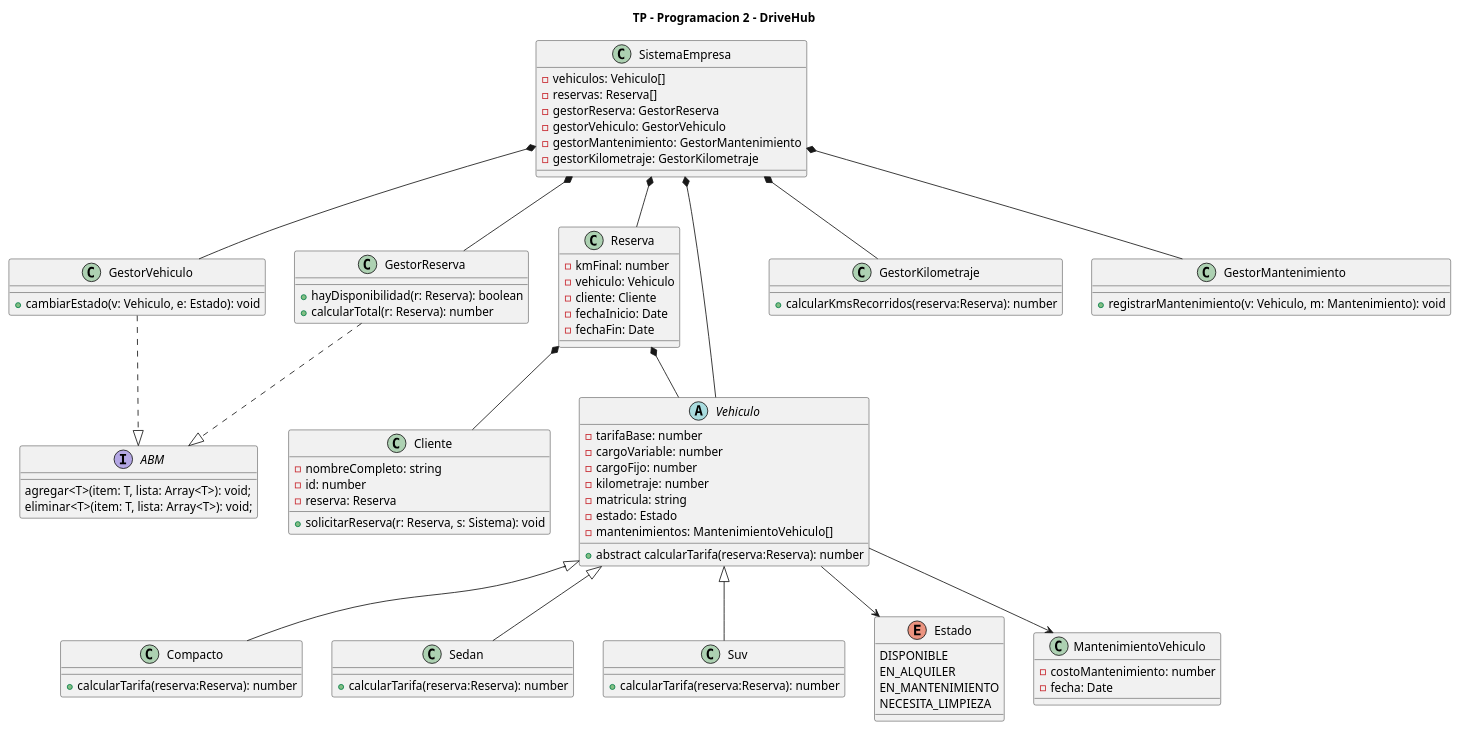
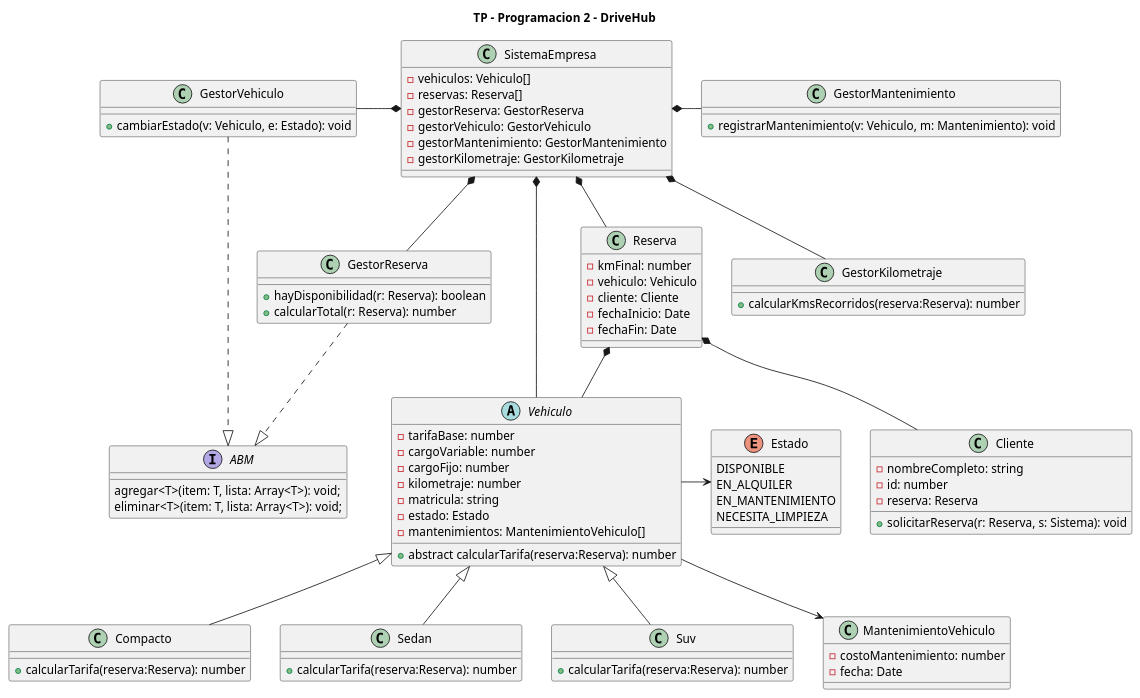
Before and after one commit to LauEroles/TP-Progra2-DriveHub: the diagram in Diagramas/diagramaClases-DriveHub.puml, drawn with PlantUML. The commit also changed 4 other files, not shown here.

Commit message:
correccion de typo en archivo mantenimientoVehiculo y cambios en clase Vehiculo

```diff
--- a/Diagramas/diagramaClases-DriveHub.puml
+++ b/Diagramas/diagramaClases-DriveHub.puml
@@ -1,141 +1,141 @@
 @startuml DriveHub
 
 title TP - Programacion 2 - DriveHub
 
 
 class SistemaEmpresa {
     - vehiculos: Vehiculo[]
     - reservas: Reserva[]
     - gestorReserva: GestorReserva
     - gestorVehiculo: GestorVehiculo
     - gestorMantenimiento: GestorMantenimiento
     - gestorKilometraje: GestorKilometraje
 }
 
 class Reserva {
     - kmFinal: number
     - vehiculo: Vehiculo
     - cliente: Cliente
     - fechaInicio: Date
     - fechaFin: Date
 }
 
 class Cliente {
     - nombreCompleto: string
     - id: number
     'El cliente puede instanciarse sin reserva por parametro, 
     'podemos setearla luego cuando se le asigna la reserva
     - reserva: Reserva
     + solicitarReserva(r: Reserva, s: Sistema): void  
 }
 
 'Herencia Vehiculo a sus clases hijas
 abstract class Vehiculo {
     - tarifaBase: number
     'Podria haber una clase cargo que nos permita manejar de manera
     'abstracta los cargos y luego en vehiculo tener una lista de cargos
     'que pueden ser variables o fijos y el dia de mañana 
     'para flexibilizar mas la solucion si se agregan nuevos vehiculos??
     - cargoVariable: number
     - cargoFijo: number
     - kilometraje: number
     - matricula: string
     - estado: Estado
     - mantenimientos: MantenimientoVehiculo[]
     + abstract calcularTarifa(reserva:Reserva): number
 }
 
 class Compacto {
     + calcularTarifa(reserva:Reserva): number
 }
 
 class Sedan {
     + calcularTarifa(reserva:Reserva): number
 }
 
 class Suv {
     + calcularTarifa(reserva:Reserva): number
 }
 
 'Atributo de vehiculo
 enum Estado {
     DISPONIBLE
     EN_ALQUILER
     EN_MANTENIMIENTO
     NECESITA_LIMPIEZA
 }
 
 'Atributo del vehiculo
 class MantenimientoVehiculo {
     - costoMantenimiento: number
     - fecha: Date
 }
 
 
 class GestorVehiculo {
     + cambiarEstado(v: Vehiculo, e: Estado): void  
     ' Le cambia el Estado (enum) a un vehiculo (a traves de su setter)
 }
 
 
 class GestorReserva {
     + hayDisponibilidad(r: Reserva): boolean  
     ' Valida la disponibilidad del vehículo para las fechas solicitadas
     + calcularTotal(r: Reserva): number  
     ' Podriamos calcular el total usando calcularCostoVariable() del vehiculo y sumar la tarifa base 
     ' (y costo fijo) aca, para que el vehiculo solo calcule su costo variable y no el total de la reserva
 }
 
 
 class GestorKilometraje {
     + calcularKmsRecorridos(reserva:Reserva): number  
     ' Calcula los kms recorridos en una reserva (kmFinal - kmInicial)
     ' Esto lo sacaría tal vez y haría que Reserva tenga un método kmsRecorridos() que los calcule
     ' ya que ella misma posee kmInicial y kmFinal (seteado despues), y que calcularTotal() en GestionReserva llame a ese método
 }
 
 
 class GestorMantenimiento {
     + registrarMantenimiento(v: Vehiculo, m: Mantenimiento): void  
     ' Si mas adelante nos solicita podemos ver si el auto requiere o no mantenimiento
     ' Le agrega un mantenimiento a un vehiculo
     ' Vehiculo podría tener un array de mantenimentos (tipo Mantenimiento) para tener registrados todos los que se le hacen
     ' Objeto mantenimento tiene fecha y costo (simil estructura de datos)
 }
 
 interface ABM {
     agregar<T>(item: T, lista: Array<T>): void;
     eliminar<T>(item: T, lista: Array<T>): void;
 }
 
 
 
 'Relaciones:
 
 'Herencia
 Vehiculo <|-- Sedan
 Vehiculo <|-- Suv
 Vehiculo <|-- Compacto
 
 'Atributos de vehiculo
 Vehiculo --> MantenimientoVehiculo
-Vehiculo --> Estado
+Vehiculo -r-> Estado
 
 'Composición
 Reserva *-- Cliente
 Reserva *-- Vehiculo
 SistemaEmpresa *-- Vehiculo
 SistemaEmpresa *-- Reserva
 
 SistemaEmpresa *-- GestorReserva
 SistemaEmpresa *-- GestorKilometraje
-SistemaEmpresa *-- GestorMantenimiento
-SistemaEmpresa *-- GestorVehiculo
+SistemaEmpresa *-r- GestorMantenimiento
+SistemaEmpresa *-l- GestorVehiculo
 
 
 'Implementacion interfaces:
 ABM <|.u. GestorReserva
 ABM <|.u. GestorVehiculo
 
 
 @enduml
```
